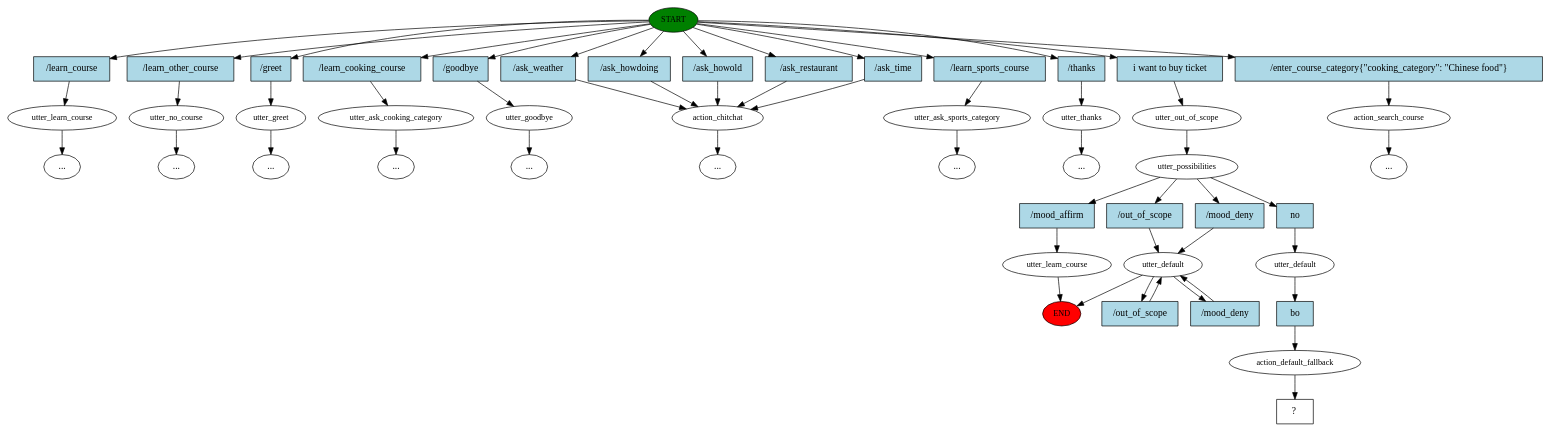
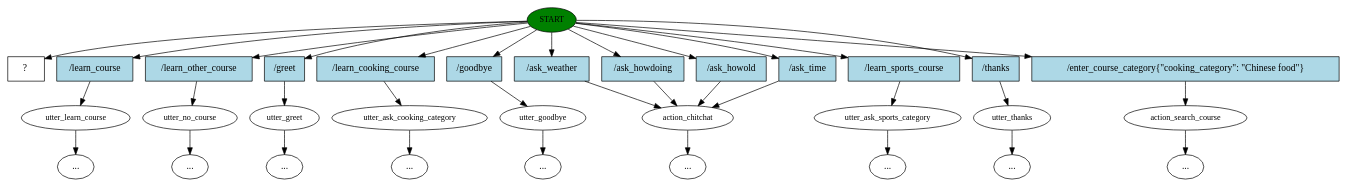
Before and after one commit to vivihuang/aj-rasa: the diagram in story_graph.dot, drawn with Graphviz.

Commit message:
Update story graph.

```diff
--- a/story_graph.dot
+++ b/story_graph.dot
@@ -1,105 +1,68 @@
 digraph  {
 0 [class="start active", fillcolor=green, fontsize=12, label=START, style=filled];
-"-1" [class=end, fillcolor=red, fontsize=12, label=END, style=filled];
 1 [class="", fontsize=12, label=utter_learn_course];
 2 [class="", fontsize=12, label=utter_no_course];
 "-7" [class=ellipsis, label="..."];
 7 [class="", fontsize=12, label=utter_greet];
 9 [class="", fontsize=12, label=utter_ask_cooking_category];
 "-11" [class=ellipsis, label="..."];
 12 [class="", fontsize=12, label=utter_goodbye];
 "-14" [class=ellipsis, label="..."];
 13 [class="", fontsize=12, label=action_chitchat];
-"-19" [class=ellipsis, label="..."];
-19 [class="", fontsize=12, label=utter_ask_sports_category];
-"-21" [class=ellipsis, label="..."];
-"-46" [class=ellipsis, label="..."];
-45 [class="", fontsize=12, label=utter_thanks];
-"-47" [class=ellipsis, label="..."];
-46 [class=active, fontsize=12, label=utter_out_of_scope];
-47 [class=active, fontsize=12, label=utter_possibilities];
-48 [class="", fontsize=12, label=utter_learn_course];
-51 [class="", fontsize=12, label=utter_default];
-"-48" [class=ellipsis, label="..."];
-72 [class="", fontsize=12, label=action_search_course];
-"-49" [class=ellipsis, label="..."];
-75 [class=active, fontsize=12, label=utter_default];
-76 [class=active, fontsize=12, label=action_default_fallback];
-77 [class="intent dashed active", label="  ?  ", shape=rect];
-78 [class=intent, fillcolor=lightblue, label="/learn_course", shape=rect, style=filled];
-79 [class=intent, fillcolor=lightblue, label="/learn_other_course", shape=rect, style=filled];
-80 [class=intent, fillcolor=lightblue, label="/greet", shape=rect, style=filled];
-81 [class=intent, fillcolor=lightblue, label="/learn_cooking_course", shape=rect, style=filled];
-82 [class=intent, fillcolor=lightblue, label="/goodbye", shape=rect, style=filled];
-83 [class=intent, fillcolor=lightblue, label="/ask_weather", shape=rect, style=filled];
-84 [class=intent, fillcolor=lightblue, label="/ask_howdoing", shape=rect, style=filled];
-85 [class=intent, fillcolor=lightblue, label="/ask_howold", shape=rect, style=filled];
-86 [class=intent, fillcolor=lightblue, label="/ask_restaurant", shape=rect, style=filled];
-87 [class=intent, fillcolor=lightblue, label="/ask_time", shape=rect, style=filled];
-88 [class=intent, fillcolor=lightblue, label="/learn_sports_course", shape=rect, style=filled];
-89 [class=intent, fillcolor=lightblue, label="/thanks", shape=rect, style=filled];
-90 [class="intent active", fillcolor=lightblue, label="i want to buy ticket", shape=rect, style=filled];
-91 [class=intent, fillcolor=lightblue, label="/enter_course_category{\"cooking_category\": \"Chinese food\"}", shape=rect, style=filled];
-92 [class=intent, fillcolor=lightblue, label="/mood_affirm", shape=rect, style=filled];
-93 [class=intent, fillcolor=lightblue, label="/out_of_scope", shape=rect, style=filled];
-94 [class=intent, fillcolor=lightblue, label="/mood_deny", shape=rect, style=filled];
-95 [class="intent active", fillcolor=lightblue, label=no, shape=rect, style=filled];
-96 [class=intent, fillcolor=lightblue, label="/out_of_scope", shape=rect, style=filled];
-97 [class=intent, fillcolor=lightblue, label="/mood_deny", shape=rect, style=filled];
-98 [class="intent active", fillcolor=lightblue, label=bo, shape=rect, style=filled];
-0 -> 78  [class="", key=0];
-0 -> 79  [class="", key=0];
-0 -> 80  [class="", key=0];
-0 -> 81  [class="", key=0];
-0 -> 82  [class="", key=0];
-0 -> 83  [class="", key=0];
-0 -> 84  [class="", key=0];
-0 -> 85  [class="", key=0];
-0 -> 86  [class="", key=0];
-0 -> 87  [class="", key=0];
-0 -> 88  [class="", key=0];
-0 -> 89  [class="", key=0];
-0 -> 90  [class=active, key=0];
-0 -> 91  [class="", key=0];
-1 -> "-48"  [class="", key=NONE, label=""];
+"-18" [class=ellipsis, label="..."];
+"-35" [class=ellipsis, label="..."];
+34 [class="", fontsize=12, label=utter_ask_sports_category];
+"-36" [class=ellipsis, label="..."];
+35 [class="", fontsize=12, label=utter_thanks];
+"-37" [class=ellipsis, label="..."];
+"-38" [class=ellipsis, label="..."];
+37 [class="", fontsize=12, label=action_search_course];
+"-39" [class=ellipsis, label="..."];
+38 [class="intent dashed active", label="  ?  ", shape=rect];
+39 [class=intent, fillcolor=lightblue, label="/learn_course", shape=rect, style=filled];
+40 [class=intent, fillcolor=lightblue, label="/learn_other_course", shape=rect, style=filled];
+41 [class=intent, fillcolor=lightblue, label="/greet", shape=rect, style=filled];
+42 [class=intent, fillcolor=lightblue, label="/learn_cooking_course", shape=rect, style=filled];
+43 [class=intent, fillcolor=lightblue, label="/goodbye", shape=rect, style=filled];
+44 [class=intent, fillcolor=lightblue, label="/ask_weather", shape=rect, style=filled];
+45 [class=intent, fillcolor=lightblue, label="/ask_howdoing", shape=rect, style=filled];
+46 [class=intent, fillcolor=lightblue, label="/ask_howold", shape=rect, style=filled];
+47 [class=intent, fillcolor=lightblue, label="/ask_time", shape=rect, style=filled];
+48 [class=intent, fillcolor=lightblue, label="/learn_sports_course", shape=rect, style=filled];
+49 [class=intent, fillcolor=lightblue, label="/thanks", shape=rect, style=filled];
+50 [class=intent, fillcolor=lightblue, label="/enter_course_category{\"cooking_category\": \"Chinese food\"}", shape=rect, style=filled];
+0 -> 38  [class=active, key=NONE, label=""];
+0 -> 39  [class="", key=0];
+0 -> 40  [class="", key=0];
+0 -> 41  [class="", key=0];
+0 -> 42  [class="", key=0];
+0 -> 43  [class="", key=0];
+0 -> 44  [class="", key=0];
+0 -> 45  [class="", key=0];
+0 -> 46  [class="", key=0];
+0 -> 47  [class="", key=0];
+0 -> 48  [class="", key=0];
+0 -> 49  [class="", key=0];
+0 -> 50  [class="", key=0];
+1 -> "-38"  [class="", key=NONE, label=""];
 2 -> "-7"  [class="", key=NONE, label=""];
-7 -> "-46"  [class="", key=NONE, label=""];
+7 -> "-35"  [class="", key=NONE, label=""];
 9 -> "-11"  [class="", key=NONE, label=""];
 12 -> "-14"  [class="", key=NONE, label=""];
-13 -> "-19"  [class="", key=NONE, label=""];
-19 -> "-21"  [class="", key=NONE, label=""];
-45 -> "-47"  [class="", key=NONE, label=""];
-46 -> 47  [class=active, key=NONE, label=""];
-47 -> 92  [class="", key=0];
-47 -> 93  [class="", key=0];
-47 -> 94  [class="", key=0];
-47 -> 95  [class=active, key=0];
-48 -> "-1"  [class="", key=NONE, label=""];
-51 -> "-1"  [class="", key=NONE, label=""];
-51 -> 96  [class="", key=0];
-51 -> 97  [class="", key=0];
-72 -> "-49"  [class="", key=NONE, label=""];
-75 -> 98  [class=active, key=0];
-76 -> 77  [class=active, key=NONE, label=""];
-78 -> 1  [class="", key=0];
-79 -> 2  [class="", key=0];
-80 -> 7  [class="", key=0];
-81 -> 9  [class="", key=0];
-82 -> 12  [class="", key=0];
-83 -> 13  [class="", key=0];
-84 -> 13  [class="", key=0];
-85 -> 13  [class="", key=0];
-86 -> 13  [class="", key=0];
-87 -> 13  [class="", key=0];
-88 -> 19  [class="", key=0];
-89 -> 45  [class="", key=0];
-90 -> 46  [class=active, key=0];
-91 -> 72  [class="", key=0];
-92 -> 48  [class="", key=0];
-93 -> 51  [class="", key=0];
-94 -> 51  [class="", key=0];
-95 -> 75  [class=active, key=0];
-96 -> 51  [class="", key=0];
-97 -> 51  [class="", key=0];
-98 -> 76  [class=active, key=0];
+13 -> "-18"  [class="", key=NONE, label=""];
+34 -> "-36"  [class="", key=NONE, label=""];
+35 -> "-37"  [class="", key=NONE, label=""];
+37 -> "-39"  [class="", key=NONE, label=""];
+39 -> 1  [class="", key=0];
+40 -> 2  [class="", key=0];
+41 -> 7  [class="", key=0];
+42 -> 9  [class="", key=0];
+43 -> 12  [class="", key=0];
+44 -> 13  [class="", key=0];
+45 -> 13  [class="", key=0];
+46 -> 13  [class="", key=0];
+47 -> 13  [class="", key=0];
+48 -> 34  [class="", key=0];
+49 -> 35  [class="", key=0];
+50 -> 37  [class="", key=0];
 }
```
